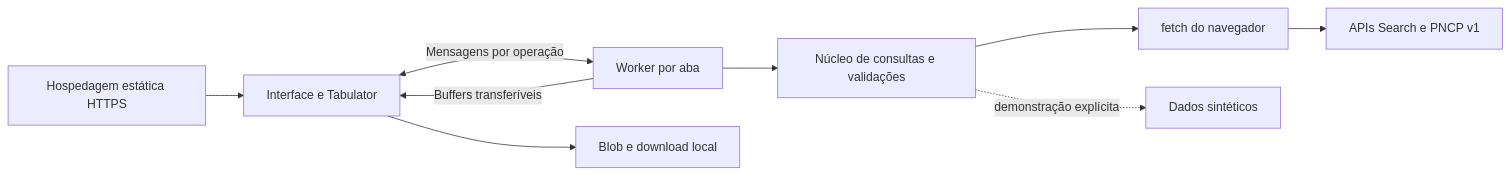
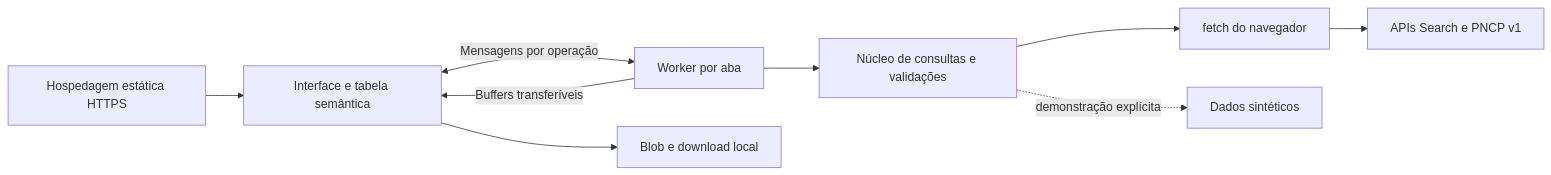
Before and after one commit to victorgmbraga/contratos-web: the diagram in docs/arquitetura.md, drawn with Mermaid. The commit also changed other lines of this file and 4 other files, not shown here.

````diff
--- a/docs/arquitetura.md
+++ b/docs/arquitetura.md
@@ -5,11 +5,11 @@
 ```mermaid
 flowchart LR
-    Static[Hospedagem estática HTTPS] --> UI[Interface e Tabulator]
+    Static[Hospedagem estática HTTPS] --> UI[Interface e tabela semântica]
     UI <-->|Mensagens por operação| Worker[Worker por aba]
     Worker --> Core[Núcleo de consultas e validações]
     Core --> Native[fetch do navegador]
     Native --> PNCP[APIs Search e PNCP v1]
     Core -. demonstração explícita .-> Demo[Dados sintéticos]
     Worker -->|Buffers transferíveis| UI
     UI --> CSV[Blob e download local]
 ```
````
